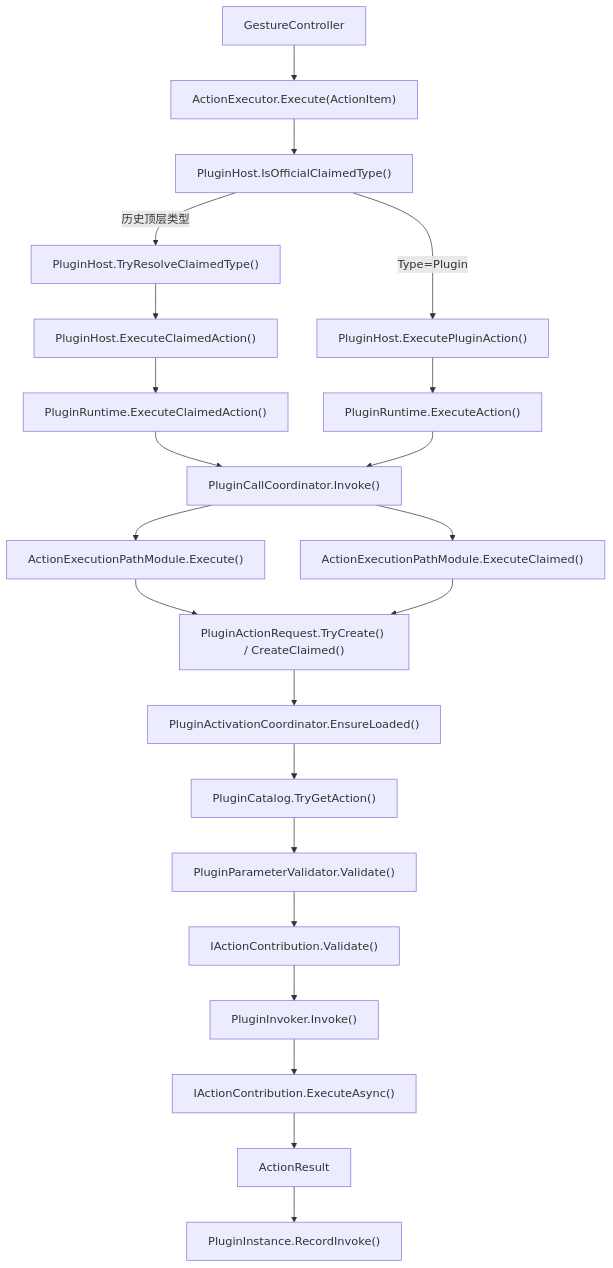
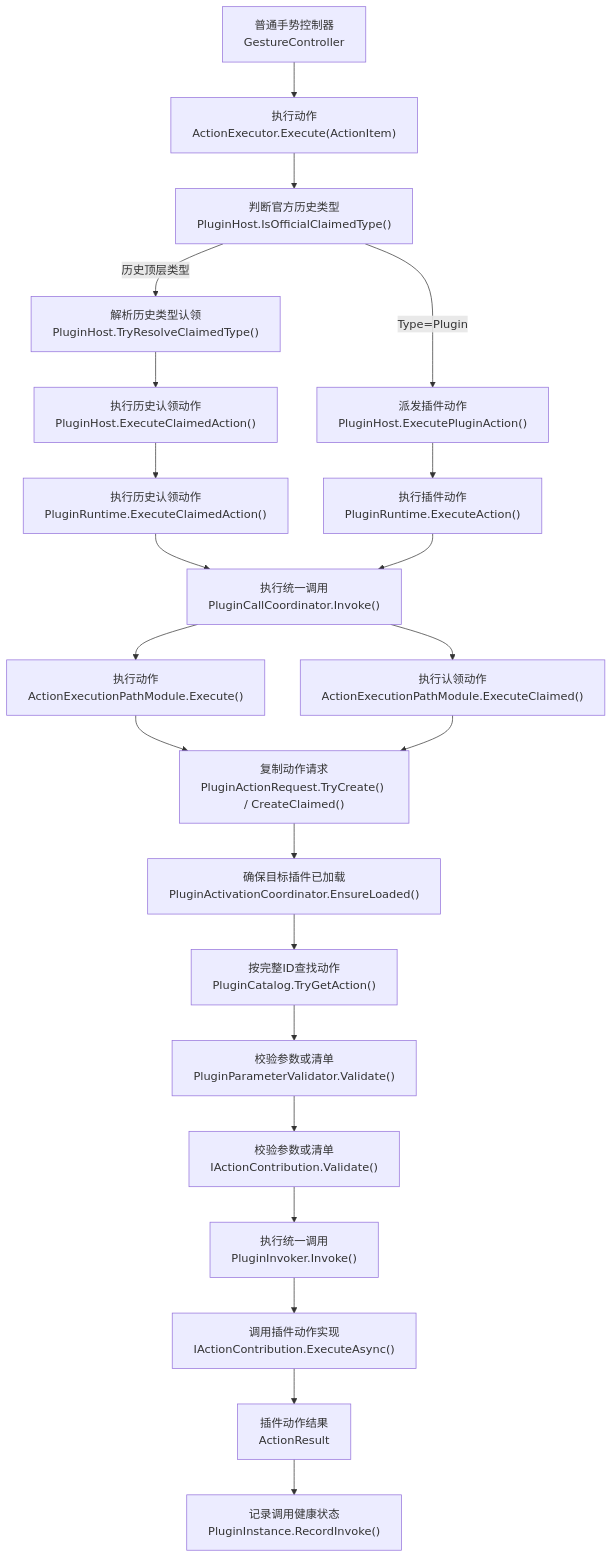
Before and after one commit to Masskii/StarPie: the tenth of 19 diagrams in plugin/docs/plugin-system-architecture-map.md, drawn with Mermaid. The commit also changed other lines of this file and 6 other files, not shown here.

````diff
--- a/plugin/docs/plugin-system-architecture-map.md
+++ b/plugin/docs/plugin-system-architecture-map.md
@@ -639,49 +762,49 @@
 ```mermaid
 flowchart TD
-    GESTURE["GestureController"]
-    EXEC["ActionExecutor.Execute(ActionItem)"]
+    GESTURE["普通手势控制器<br/>GestureController"]
+    EXEC["执行动作<br/>ActionExecutor.Execute(ActionItem)"]
 
-    CLAIM_CHECK["PluginHost.IsOfficialClaimedType()"]
-    CLAIM_RESOLVE["PluginHost.TryResolveClaimedType()"]
-    CLAIM_EXEC["PluginHost.ExecuteClaimedAction()"]
+    CLAIM_CHECK["判断官方历史类型<br/>PluginHost.IsOfficialClaimedType()"]
+    CLAIM_RESOLVE["解析历史类型认领<br/>PluginHost.TryResolveClaimedType()"]
+    CLAIM_EXEC["执行历史认领动作<br/>PluginHost.ExecuteClaimedAction()"]
 
-    PLUGIN_EXEC["PluginHost.ExecutePluginAction()"]
-    RUNTIME_EXEC["PluginRuntime.ExecuteAction()"]
-    RUNTIME_CLAIM["PluginRuntime.ExecuteClaimedAction()"]
+    PLUGIN_EXEC["派发插件动作<br/>PluginHost.ExecutePluginAction()"]
+    RUNTIME_EXEC["执行插件动作<br/>PluginRuntime.ExecuteAction()"]
+    RUNTIME_CLAIM["执行历史认领动作<br/>PluginRuntime.ExecuteClaimedAction()"]
 
-    CALLS["PluginCallCoordinator.Invoke()"]
-    ACTION_PATH["ActionExecutionPathModule.Execute()"]
-    CLAIM_PATH["ActionExecutionPathModule.ExecuteClaimed()"]
+    CALLS["执行统一调用<br/>PluginCallCoordinator.Invoke()"]
+    ACTION_PATH["执行动作<br/>ActionExecutionPathModule.Execute()"]
+    CLAIM_PATH["执行认领动作<br/>ActionExecutionPathModule.ExecuteClaimed()"]
 
-    REQUEST["PluginActionRequest.TryCreate() / CreateClaimed()"]
-    ACTIVATE["PluginActivationCoordinator.EnsureLoaded()"]
-    CATALOG_GET["PluginCatalog.TryGetAction()"]
-    PARAMS["PluginParameterValidator.Validate()"]
-    CUSTOM_VALIDATE["IActionContribution.Validate()"]
-    INVOKE["PluginInvoker.Invoke()"]
-    EXECUTE_ASYNC["IActionContribution.ExecuteAsync()"]
-    RESULT["ActionResult"]
-    HEALTH["PluginInstance.RecordInvoke()"]
+    REQUEST["复制动作请求<br/>PluginActionRequest.TryCreate() / CreateClaimed()"]
+    ACTIVATE["确保目标插件已加载<br/>PluginActivationCoordinator.EnsureLoaded()"]
+    CATALOG_GET["按完整ID查找动作<br/>PluginCatalog.TryGetAction()"]
+    PARAMS["校验参数或清单<br/>PluginParameterValidator.Validate()"]
+    CUSTOM_VALIDATE["校验参数或清单<br/>IActionContribution.Validate()"]
+    INVOKE["执行统一调用<br/>PluginInvoker.Invoke()"]
+    EXECUTE_ASYNC["调用插件动作实现<br/>IActionContribution.ExecuteAsync()"]
+    RESULT["插件动作结果<br/>ActionResult"]
+    HEALTH["记录调用健康状态<br/>PluginInstance.RecordInvoke()"]
 
     GESTURE --> EXEC
     EXEC --> CLAIM_CHECK
     CLAIM_CHECK -->|历史顶层类型| CLAIM_RESOLVE
     CLAIM_RESOLVE --> CLAIM_EXEC
     CLAIM_EXEC --> RUNTIME_CLAIM
     RUNTIME_CLAIM --> CALLS
     CALLS --> CLAIM_PATH
     CLAIM_CHECK -->|Type=Plugin| PLUGIN_EXEC
     PLUGIN_EXEC --> RUNTIME_EXEC
     RUNTIME_EXEC --> CALLS
     CALLS --> ACTION_PATH
     ACTION_PATH --> REQUEST
     CLAIM_PATH --> REQUEST
     REQUEST --> ACTIVATE
     ACTIVATE --> CATALOG_GET
     CATALOG_GET --> PARAMS
     PARAMS --> CUSTOM_VALIDATE
     CUSTOM_VALIDATE --> INVOKE
     INVOKE --> EXECUTE_ASYNC
     EXECUTE_ASYNC --> RESULT
     RESULT --> HEALTH
 ```
````
